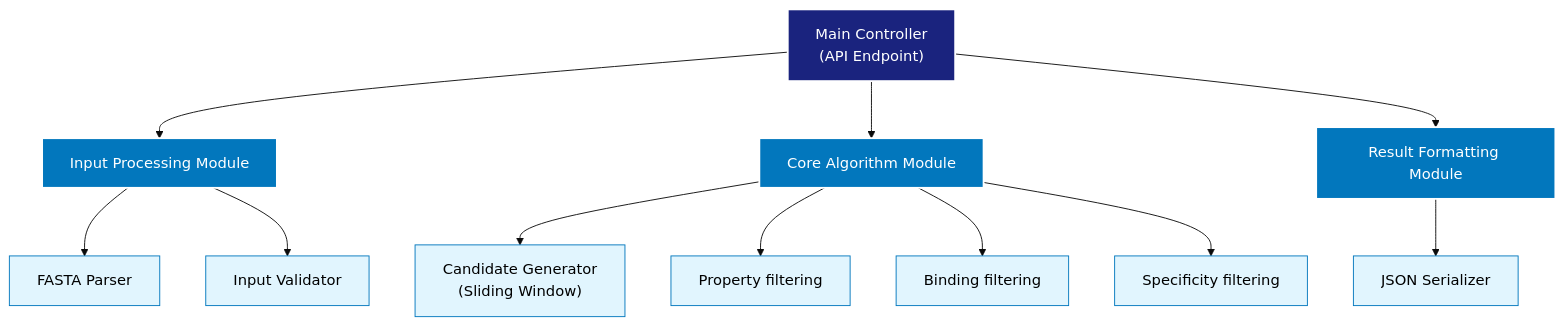
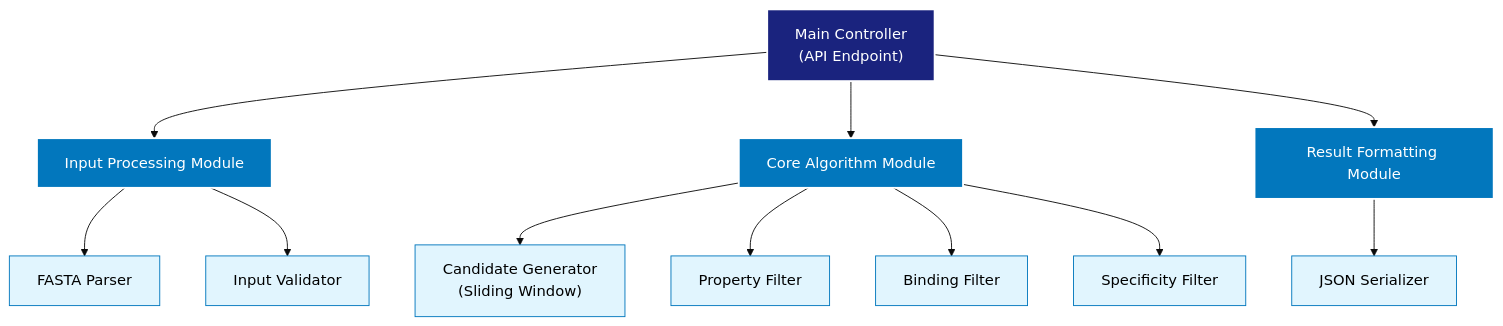
Before and after one commit to cnvxlns/PrimerFlow-FE: the fourth of 4 diagrams in docs/spec_diagram.md, drawn with Mermaid (base theme). The commit also changed 1 other file, not shown here.

Commit message:
docs: diagram 수정 및 UI 입력 파라미터 정리

````diff
--- a/docs/spec_diagram.md
+++ b/docs/spec_diagram.md
@@ -224,35 +224,35 @@
 ```mermaid
 graph TD
     classDef root fill:#1a237e,stroke:#fff,stroke-width:2px,color:#fff;
     classDef mainModule fill:#0277bd,stroke:#fff,stroke-width:2px,color:#fff;
     classDef subModule fill:#e1f5fe,stroke:#0277bd,stroke-width:1px,color:#000;
     classDef library fill:#fff9c4,stroke:#fbc02d,stroke-width:1px,stroke-dasharray: 5 5, color:#000;
     %% Level 0: Main Controller
     Main["Main Controller<br/>(API Endpoint)"]:::root
     %% Level 1: Primary Modules
     InputMod["Input Processing Module"]:::mainModule
     AlgoMod["Core Algorithm Module"]:::mainModule
     ResultMod["Result Formatting Module"]:::mainModule
     %% Level 2: Sub Modules
     %% Input Branch
     Parser["FASTA Parser"]:::subModule
     Validator["Input Validator"]:::subModule
     %% Algorithm Branch
     Gen["Candidate Generator<br/>(Sliding Window)"]:::subModule
-    PropFilt["Property filtering"]:::subModule
-    SpecFilt["Specificity filtering"]:::subModule
-    BindFilt["Binding filtering"]:::subModule
+    PropFilt["Property Filter"]:::subModule
+    SpecFilt["Specificity Filter"]:::subModule
+    BindFilt["Binding Filter"]:::subModule
     %% Result Branch
     JSON["JSON Serializer"]:::subModule
     %% 호출 관계 연결
     Main --> InputMod
     Main --> AlgoMod
     Main --> ResultMod
     InputMod --> Parser
     InputMod --> Validator
     AlgoMod --> Gen
     AlgoMod --> PropFilt
     AlgoMod --> BindFilt
     AlgoMod --> SpecFilt
     ResultMod --> JSON
 ```
````
